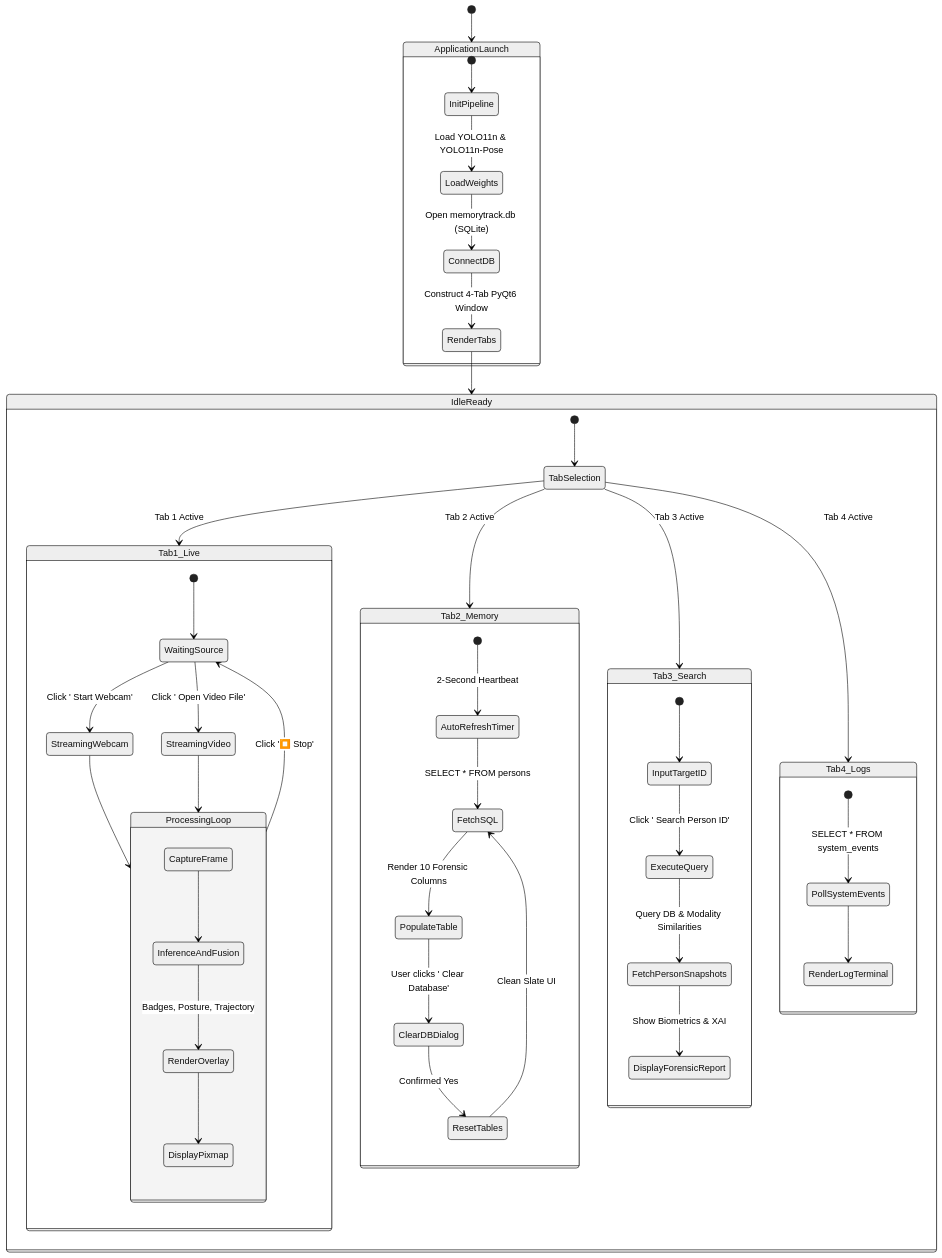
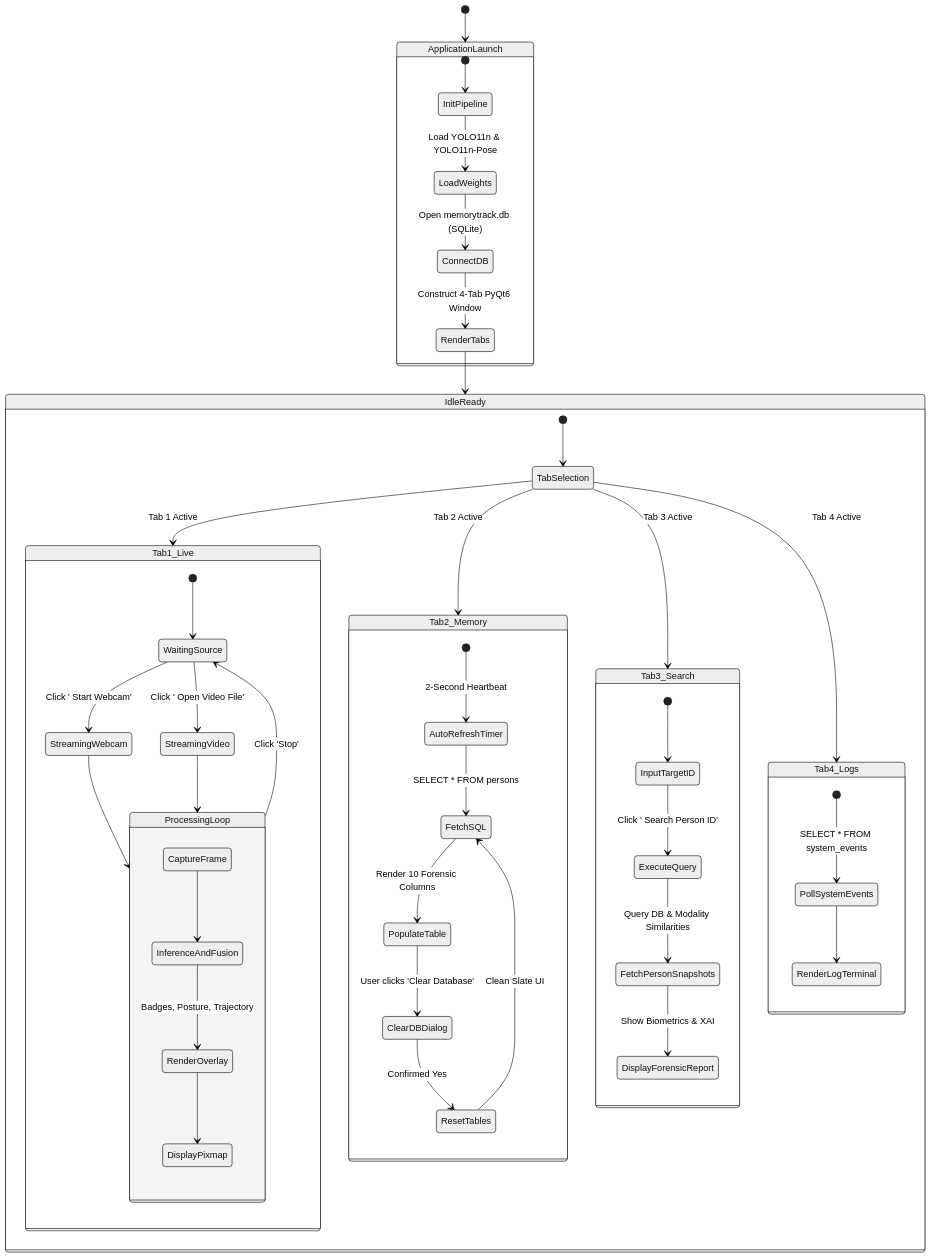
One commit to chinthakuntaharini/MemoryTrack changed the fourth of 5 diagrams in docs/PRESENTATION_AND_PROJECT_REPORT.md. Above: the diagram before and after it, drawn with Mermaid (neutral theme). The commit also changed other lines of this file and 47 other files, not shown here.

````diff
--- a/docs/PRESENTATION_AND_PROJECT_REPORT.md
+++ b/docs/PRESENTATION_AND_PROJECT_REPORT.md
@@ -298,59 +298,59 @@
 ```mermaid
 stateDiagram-v2
  [*] --> ApplicationLaunch
  
  state ApplicationLaunch {
  [*] --> InitPipeline
  InitPipeline --> LoadWeights : Load YOLO11n & YOLO11n-Pose
  LoadWeights --> ConnectDB : Open memorytrack.db (SQLite)
  ConnectDB --> RenderTabs : Construct 4-Tab PyQt6 Window
  }
  
  RenderTabs --> IdleReady
  
  state IdleReady {
  [*] --> TabSelection
  TabSelection --> Tab1_Live : Tab 1 Active
  TabSelection --> Tab2_Memory : Tab 2 Active
  TabSelection --> Tab3_Search : Tab 3 Active
  TabSelection --> Tab4_Logs : Tab 4 Active
  }
  
  state Tab1_Live {
  [*] --> WaitingSource
  WaitingSource --> StreamingWebcam : Click ' Start Webcam'
  WaitingSource --> StreamingVideo : Click ' Open Video File'
  
  StreamingWebcam --> ProcessingLoop
  StreamingVideo --> ProcessingLoop
  
  state ProcessingLoop {
  CaptureFrame --> InferenceAndFusion
  InferenceAndFusion --> RenderOverlay : Badges, Posture, Trajectory
  RenderOverlay --> DisplayPixmap
  }
  
- ProcessingLoop --> WaitingSource : Click '⏹️ Stop'
+ ProcessingLoop --> WaitingSource : Click 'Stop'
  }
  
  state Tab2_Memory {
  [*] --> AutoRefreshTimer : 2-Second Heartbeat
  AutoRefreshTimer --> FetchSQL : SELECT * FROM persons
  FetchSQL --> PopulateTable : Render 10 Forensic Columns
- PopulateTable --> ClearDBDialog : User clicks '️ Clear Database'
+ PopulateTable --> ClearDBDialog : User clicks 'Clear Database'
  ClearDBDialog --> ResetTables : Confirmed Yes
  ResetTables --> FetchSQL : Clean Slate UI
  }
  
  state Tab3_Search {
  [*] --> InputTargetID
  InputTargetID --> ExecuteQuery : Click ' Search Person ID'
  ExecuteQuery --> FetchPersonSnapshots : Query DB & Modality Similarities
  FetchPersonSnapshots --> DisplayForensicReport : Show Biometrics & XAI
  }
  
  state Tab4_Logs {
  [*] --> PollSystemEvents : SELECT * FROM system_events
  PollSystemEvents --> RenderLogTerminal
  }
 ```
````
